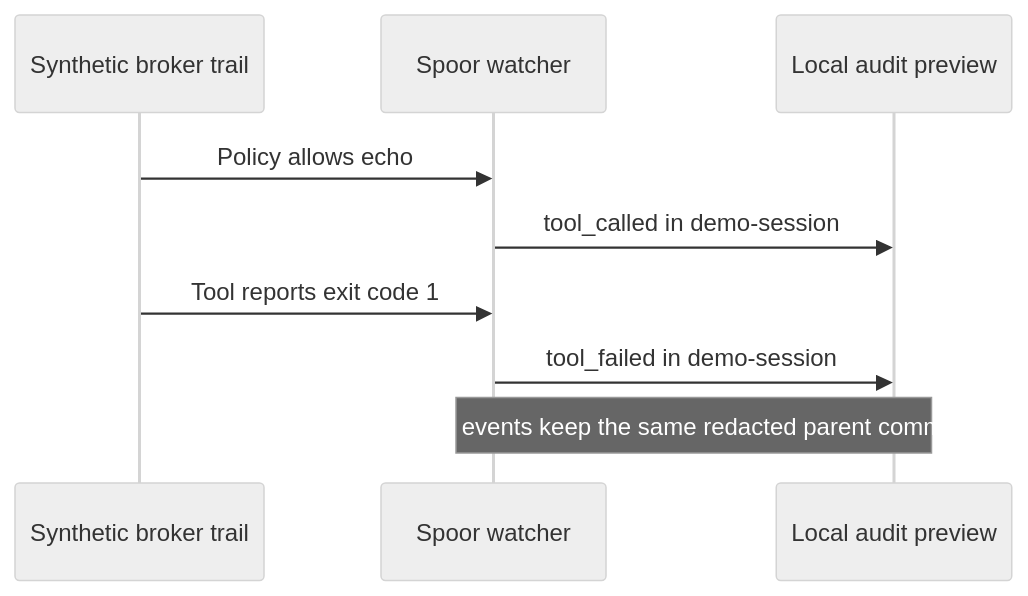
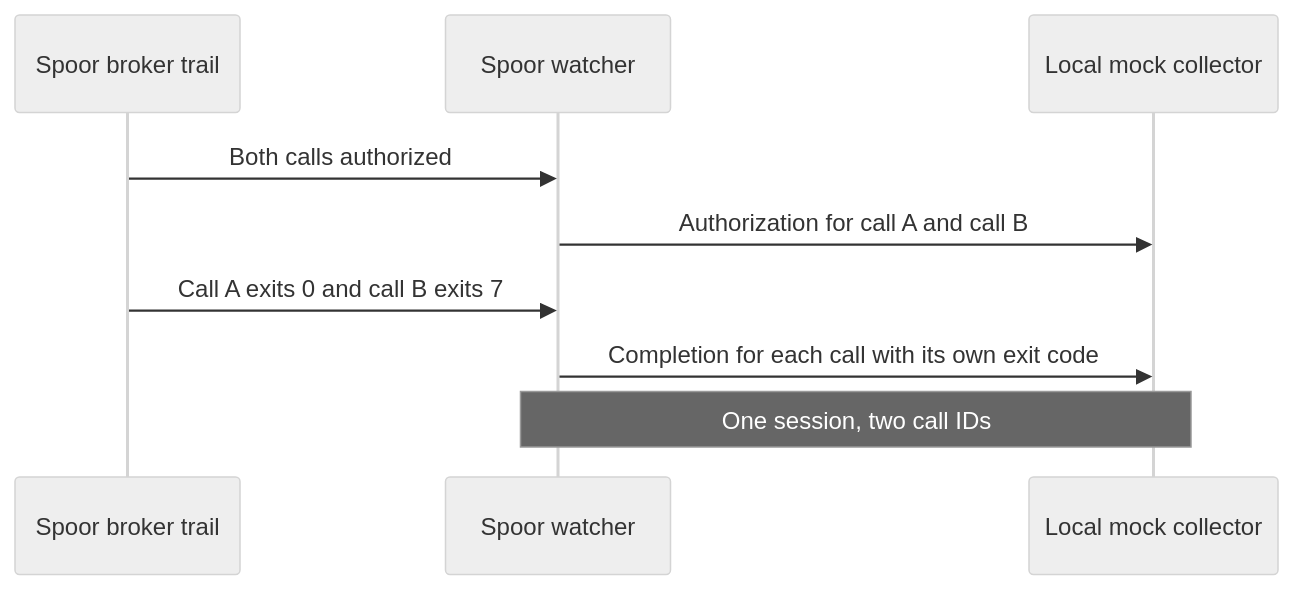
One commit to blitzcrieg1/spoor changed the second of 2 diagrams in README.md. Above: the diagram before and after it, drawn with Mermaid (neutral theme). The commit also changed other lines of this file and 7 other files, not shown here.

Commit message:
Pair tool authorizations and completions by call ID

````diff
--- a/README.md
+++ b/README.md
@@ -53,11 +55,11 @@
 ```mermaid
 sequenceDiagram
-    participant Trail as Synthetic broker trail
+    participant Trail as Spoor broker trail
     participant Watcher as Spoor watcher
-    participant Preview as Local audit preview
-    Trail->>Watcher: Policy allows echo
-    Watcher->>Preview: tool_called in demo-session
-    Trail->>Watcher: Tool reports exit code 1
-    Watcher->>Preview: tool_failed in demo-session
-    Note over Watcher,Preview: Both events keep the same redacted parent command
+    participant Preview as Local mock collector
+    Trail->>Watcher: Both calls authorized
+    Watcher->>Preview: Authorization for call A and call B
+    Trail->>Watcher: Call A exits 0 and call B exits 7
+    Watcher->>Preview: Completion for each call with its own exit code
+    Note over Watcher,Preview: One session, two call IDs
 ```
````
